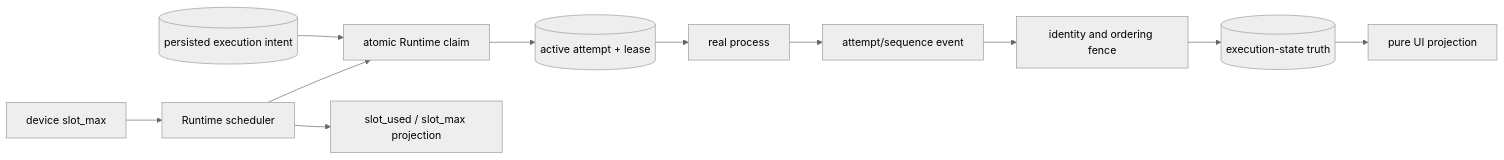
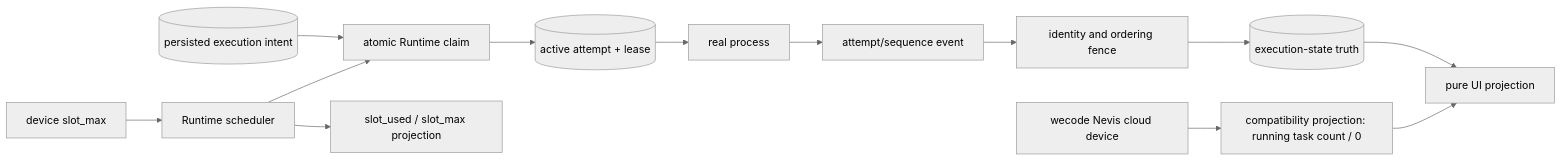
Before and after one commit to wecode-ai/Wegent: the first of 2 diagrams in docs/en/architecture/project-execution-state.md, drawn with Mermaid (neutral theme). The commit also changed other lines of this file and 7 other files, not shown here.

Commit message:
fix(wecode): preserve cloud device slot semantics

````diff
--- a/docs/en/architecture/project-execution-state.md
+++ b/docs/en/architecture/project-execution-state.md
@@ -9,13 +9,15 @@
 ```mermaid
 flowchart LR
     INTENT[(persisted execution intent)] --> CLAIM[atomic Runtime claim]
     CLAIM --> ACTIVE[(active attempt + lease)]
     ACTIVE --> PROCESS[real process]
     PROCESS --> EVENT[attempt/sequence event]
     EVENT --> FENCE[identity and ordering fence]
     FENCE --> TRUTH[(execution-state truth)]
     TRUTH --> VIEW[pure UI projection]
     SETTINGS[device slot_max] --> SCHEDULER[Runtime scheduler]
     SCHEDULER --> CLAIM
     SCHEDULER --> CAPACITY[slot_used / slot_max projection]
+    WECODE[wecode Nevis cloud device] --> LEGACY[compatibility projection: running task count / 0]
+    LEGACY --> VIEW
 ```
````
